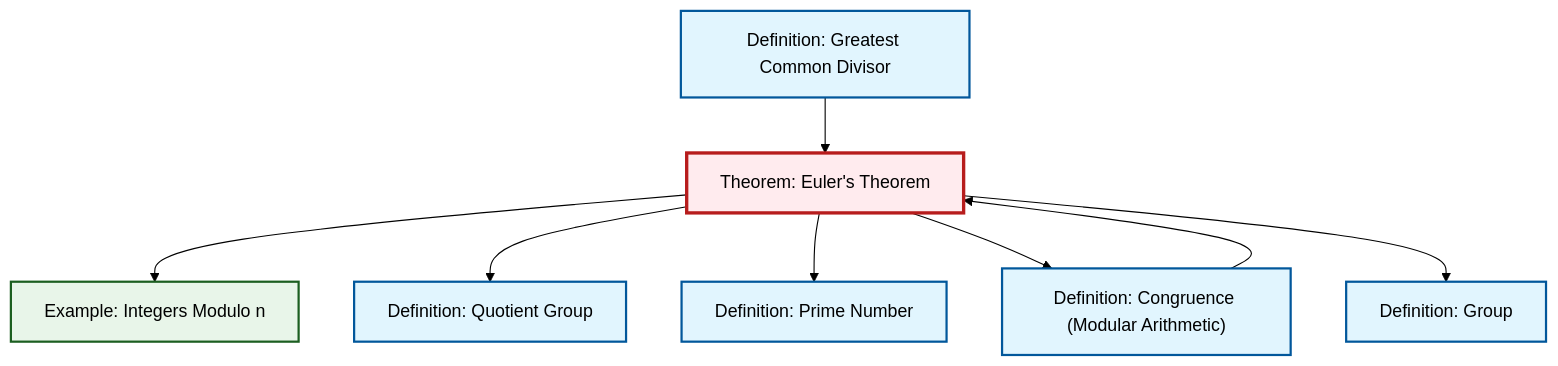
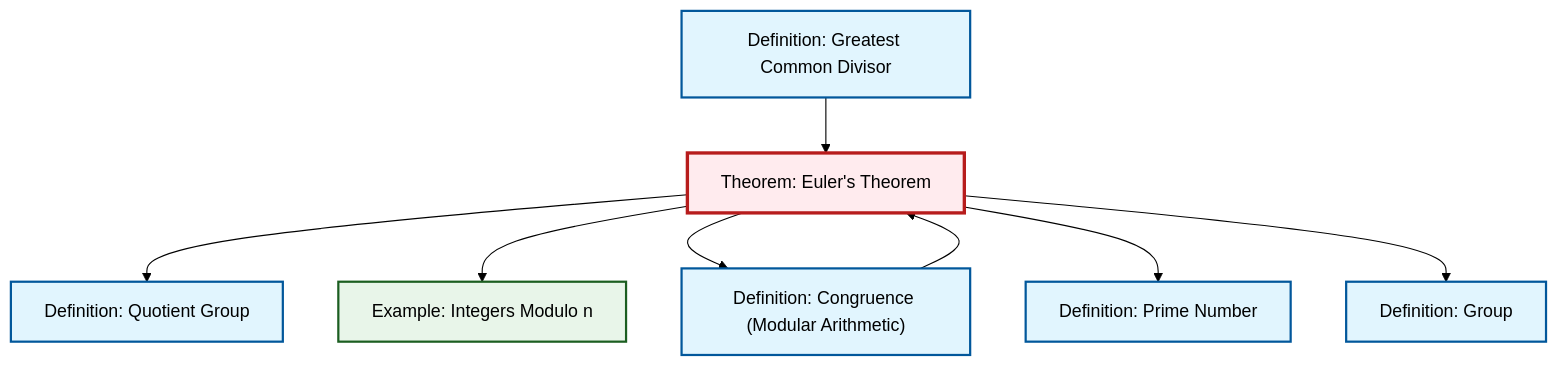
Before and after one commit to RK0429/ModernMath: the diagram in content/en/number-theory/thm-euler.qmd, drawn with Mermaid (forest theme). The commit also changed other lines of this file and 474 other files, not shown here.

````diff
--- a/content/en/number-theory/thm-euler.qmd
+++ b/content/en/number-theory/thm-euler.qmd
@@ -52,30 +52,30 @@
 ```{mermaid}
 %%| fig-cap: "Local dependency graph"
 graph TD
     classDef definition fill:#e1f5fe,stroke:#01579b,stroke-width:2px
     classDef theorem fill:#f3e5f5,stroke:#4a148c,stroke-width:2px
     classDef axiom fill:#fff3e0,stroke:#e65100,stroke-width:2px
     classDef example fill:#e8f5e9,stroke:#1b5e20,stroke-width:2px
     classDef current fill:#ffebee,stroke:#b71c1c,stroke-width:3px
+    thm-euler["Theorem: Euler's Theorem"]:::theorem
+    def-quotient-group["Definition: Quotient Group"]:::definition
+    def-prime["Definition: Prime Number"]:::definition
     ex-quotient-integers-mod-n["Example: Integers Modulo n"]:::example
+    def-gcd["Definition: Greatest Common Divisor"]:::definition
+    def-congruence["Definition: Congruence (Modular Arithmetic)"]:::definition
     def-group["Definition: Group"]:::definition
-    def-prime["Definition: Prime Number"]:::definition
-    def-quotient-group["Definition: Quotient Group"]:::definition
-    def-gcd["Definition: Greatest Common Divisor"]:::definition
-    thm-euler["Theorem: Euler's Theorem"]:::theorem
-    def-congruence["Definition: Congruence (Modular Arithmetic)"]:::definition
+    def-congruence --> thm-euler
     def-gcd --> thm-euler
+    thm-euler --> def-quotient-group
     thm-euler --> ex-quotient-integers-mod-n
-    thm-euler --> def-quotient-group
+    thm-euler --> def-congruence
     thm-euler --> def-prime
-    thm-euler --> def-congruence
-    def-congruence --> thm-euler
     thm-euler --> def-group
     class thm-euler current
+    click def-quotient-group "def-quotient-group.html" "Go to Quotient Group definition"
+    click def-prime "def-prime.html" "Go to Prime Number definition"
     click ex-quotient-integers-mod-n "ex-quotient-integers-mod-n.html" "Go to Integers Modulo n example"
-    click def-group "def-group.html" "Go to Group definition"
-    click def-prime "def-prime.html" "Go to Prime Number definition"
-    click def-quotient-group "def-quotient-group.html" "Go to Quotient Group definition"
     click def-gcd "def-gcd.html" "Go to Greatest Common Divisor definition"
     click def-congruence "def-congruence.html" "Go to Congruence (Modular Arithmetic) definition"
+    click def-group "def-group.html" "Go to Group definition"
 ```
````
